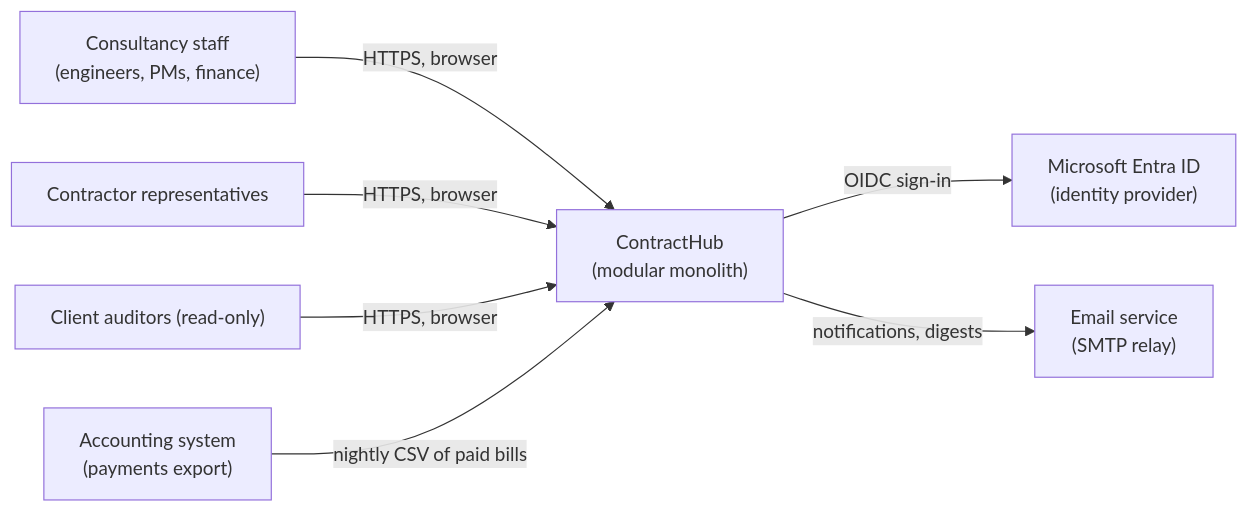
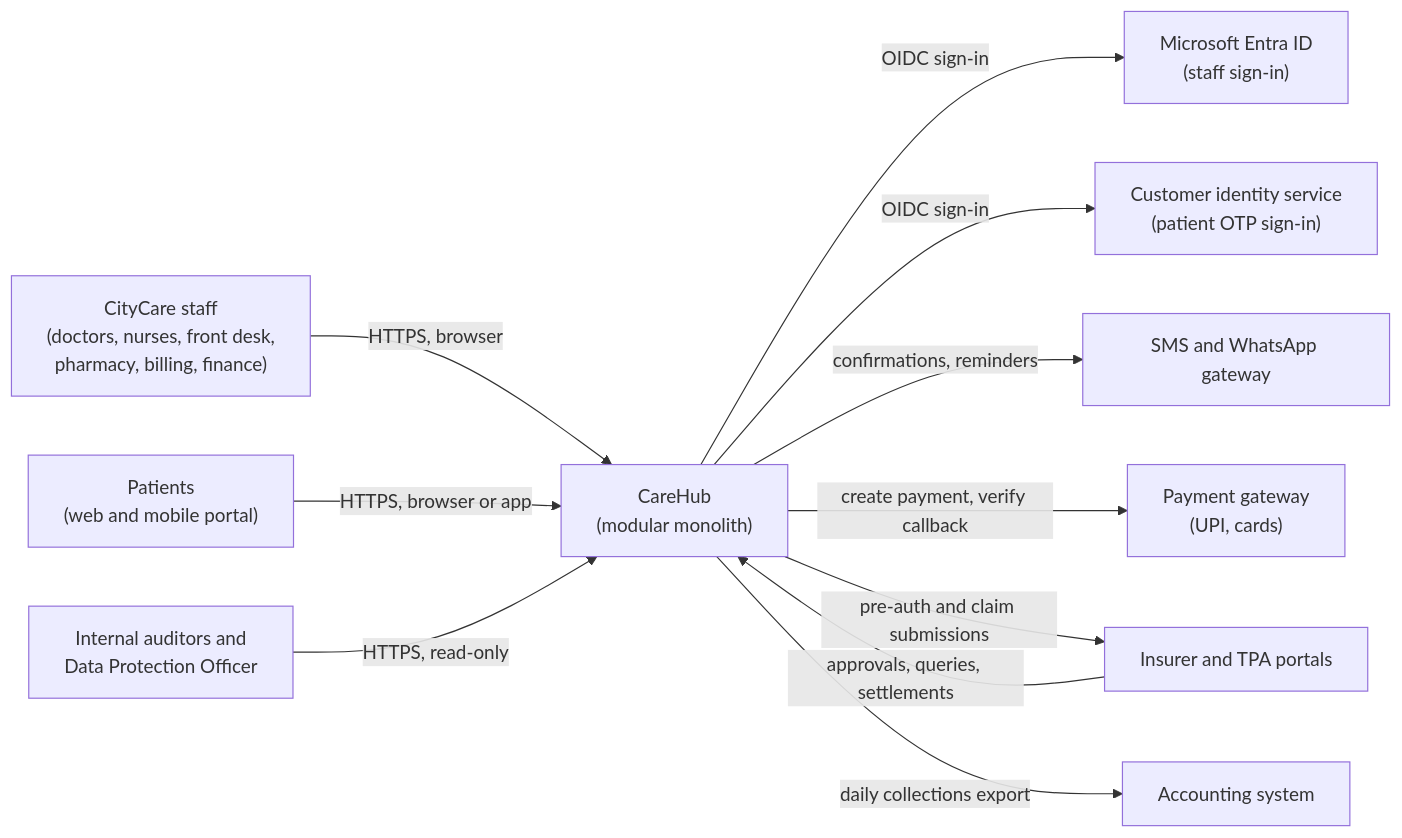
One commit to rizwi0786/system-design-lab changed the first of 6 diagrams in content/lessons/m20/m20-capstone-a.md. Above: the diagram before and after it, drawn with Mermaid. The commit also changed other lines of this file and 334 other files, not shown here.

````diff
--- a/content/lessons/m20/m20-capstone-a.md
+++ b/content/lessons/m20/m20-capstone-a.md
@@ -153,16 +177,23 @@
 ```mermaid
 flowchart LR
-    staff["Consultancy staff<br/>(engineers, PMs, finance)"]
-    contractor["Contractor representatives"]
-    auditor["Client auditors (read-only)"]
-    ch["ContractHub<br/>(modular monolith)"]
-    idp["Microsoft Entra ID<br/>(identity provider)"]
-    mail["Email service<br/>(SMTP relay)"]
-    acct["Accounting system<br/>(payments export)"]
+    staff["CityCare staff<br/>(doctors, nurses, front desk,<br/>pharmacy, billing, finance)"]
+    patient["Patients<br/>(web and mobile portal)"]
+    auditor["Internal auditors and<br/>Data Protection Officer"]
+    ch["CareHub<br/>(modular monolith)"]
+    idp["Microsoft Entra ID<br/>(staff sign-in)"]
+    ciam["Customer identity service<br/>(patient OTP sign-in)"]
+    sms["SMS and WhatsApp gateway"]
+    pay["Payment gateway<br/>(UPI, cards)"]
+    tpa["Insurer and TPA portals"]
+    acct["Accounting system"]
     staff -->|"HTTPS, browser"| ch
-    contractor -->|"HTTPS, browser"| ch
-    auditor -->|"HTTPS, browser"| ch
+    patient -->|"HTTPS, browser or app"| ch
+    auditor -->|"HTTPS, read-only"| ch
     ch -->|"OIDC sign-in"| idp
-    ch -->|"notifications, digests"| mail
-    acct -->|"nightly CSV of paid bills"| ch
+    ch -->|"OIDC sign-in"| ciam
+    ch -->|"confirmations, reminders"| sms
+    ch -->|"create payment, verify callback"| pay
+    ch -->|"pre-auth and claim submissions"| tpa
+    tpa -->|"approvals, queries, settlements"| ch
+    ch -->|"daily collections export"| acct
 ```
````
